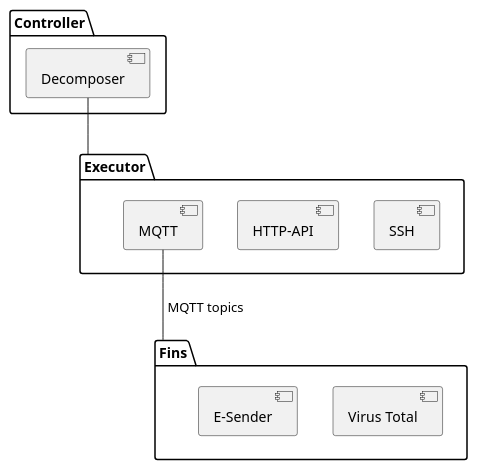
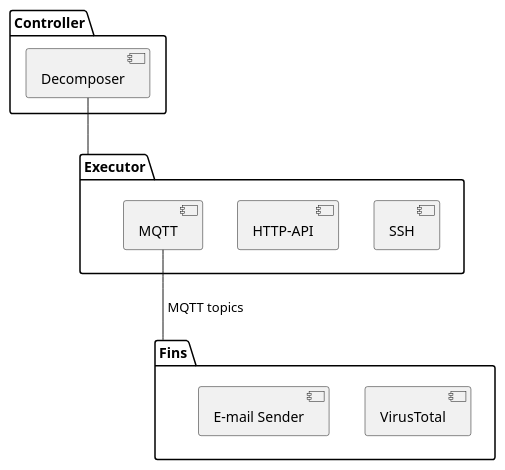
Before and after one commit to COSSAS/SOARCA: the first of 3 diagrams in docs/content/en/docs/core-components/executer.md, drawn with PlantUML. The commit also changed 8 other files, not shown here.

````diff
--- a/docs/content/en/docs/core-components/executer.md
+++ b/docs/content/en/docs/core-components/executer.md
@@ -47,20 +47,20 @@
 ```plantuml
 
 package "Controller" {
 component Decomposer as parser
 
 }
 package "Executor" {
     component SSH as exe2
     component "HTTP-API" as exe1
     component MQTT as exe3
 }
 
 package "Fins" {
-    component "Virus Total" as virustotal
-    component "E-Sender" as email
+    component "VirusTotal" as virustotal
+    component "E-mail Sender" as email
 }
 
 parser -- Executor
 exe3 -- Fins : " MQTT topics"
 ```
````
